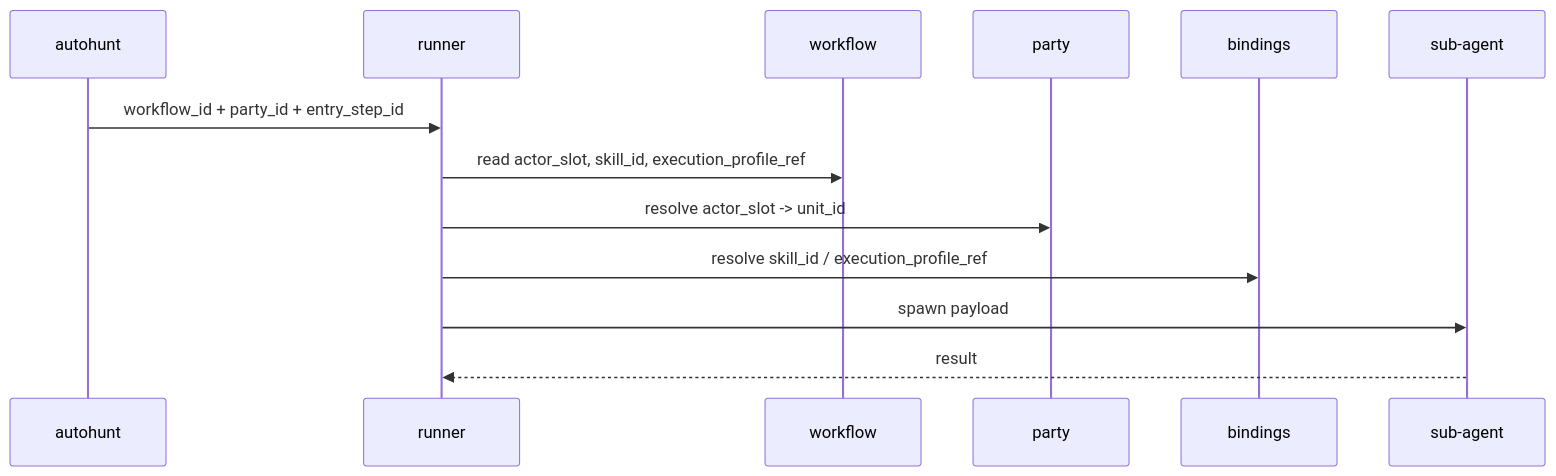
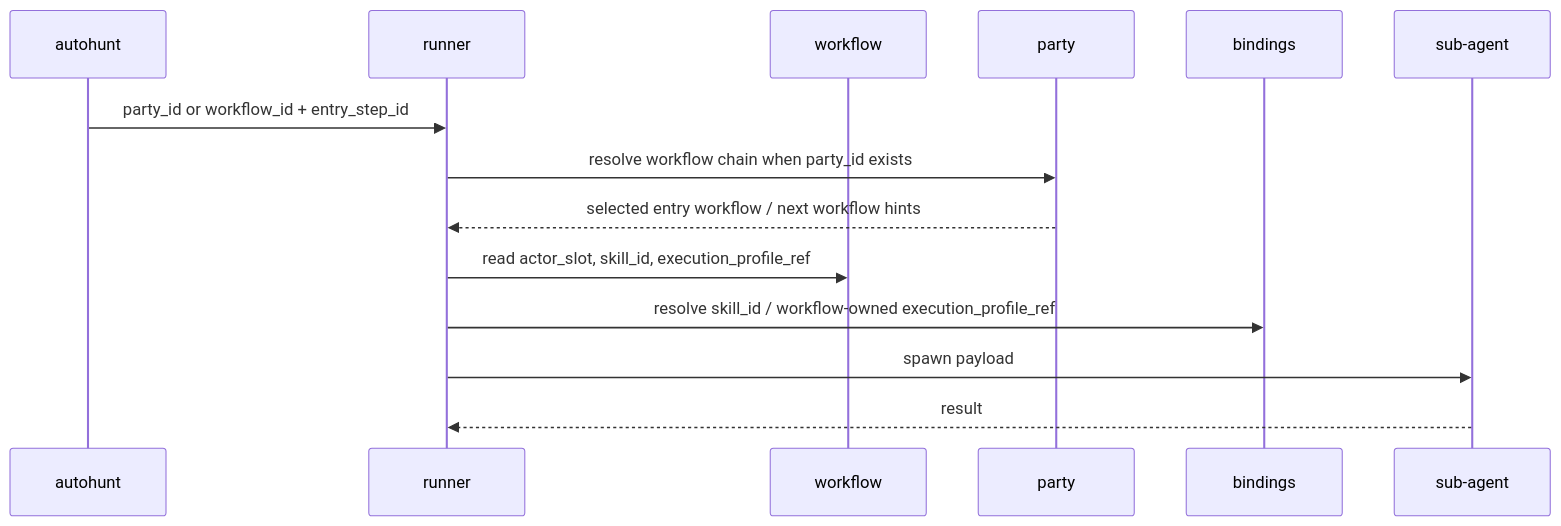
Before and after one commit to SungYongMOON/soulforge: the second of 2 diagrams in .workflow/README.md, drawn with Mermaid. The commit also changed other lines of this file and 91 other files, not shown here.

````diff
--- a/.workflow/README.md
+++ b/.workflow/README.md
@@ -54,15 +56,16 @@
 ```mermaid
 sequenceDiagram
   participant AH as autohunt
   participant RUN as runner
   participant WF as workflow
   participant PT as party
   participant BD as bindings
   participant SA as sub-agent
-  AH->>RUN: workflow_id + party_id + entry_step_id
+  AH->>RUN: party_id or workflow_id + entry_step_id
+  RUN->>PT: resolve workflow chain when party_id exists
+  PT-->>RUN: selected entry workflow / next workflow hints
   RUN->>WF: read actor_slot, skill_id, execution_profile_ref
-  RUN->>PT: resolve actor_slot -> unit_id
-  RUN->>BD: resolve skill_id / execution_profile_ref
+  RUN->>BD: resolve skill_id / workflow-owned execution_profile_ref
   RUN->>SA: spawn payload
   SA-->>RUN: result
 ```
````
